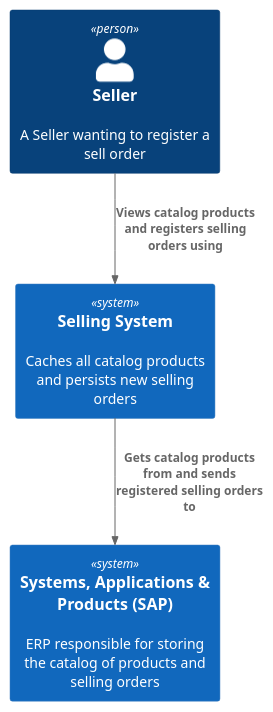
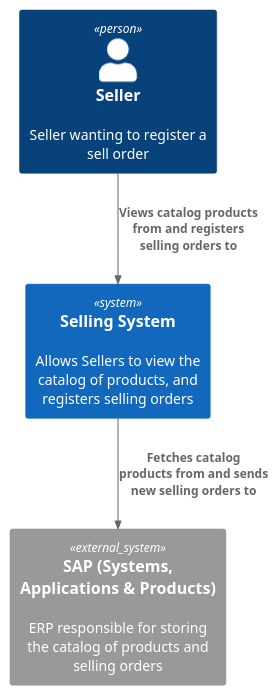
The diagram in c1.puml (guilherme-vp/selling-project-c4-diagram), drawn with PlantUML before and after one commit.

Commit message:
improve description of entities

```diff
--- a/c1.puml
+++ b/c1.puml
@@ -1,13 +1,13 @@
 @startuml Components
 !include https://raw.githubusercontent.com/plantuml-stdlib/C4-PlantUML/master/C4_Container.puml
 
-Person(seller, "Seller", "A Seller wanting to register a sell order")
+' Entities
+Person(seller, "Seller", "Seller wanting to register a sell order")
+System(selling, "Selling System", "Allows Sellers to view the catalog of products, and registers selling orders")
+System_Ext(sap, "SAP (Systems, Applications & Products)", "ERP responsible for storing the catalog of products and selling orders")
 
-System(selling, "Selling System", "Caches all catalog products and persists new selling orders")
-
-System(spa, "Systems, Applications & Products (SAP)", "ERP responsible for storing the catalog of products and selling orders")
-
-Rel(seller, selling, "Views catalog products and registers selling orders using")
-Rel(selling, spa, "Gets catalog products from and sends registered selling orders to")
+' Relationships
+Rel(seller, selling, "Views catalog products from and registers selling orders to")
+Rel(selling, sap, "Fetches catalog products from and sends new selling orders to")
 
 @enduml
```
